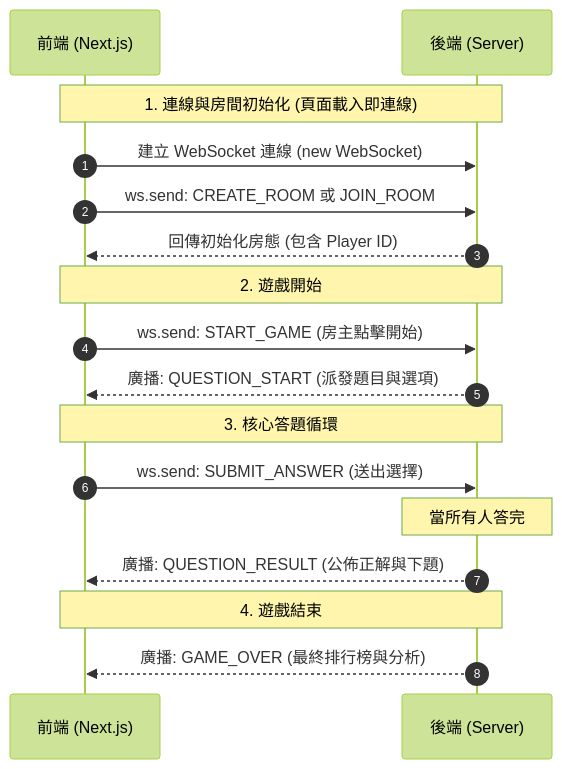
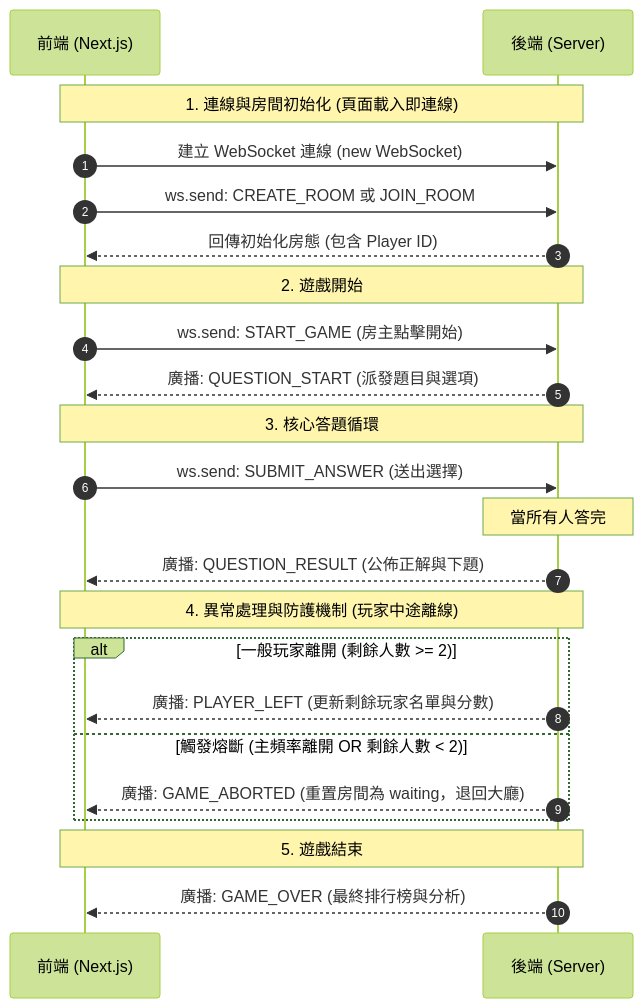
One commit to laura-chou/vibe-sync changed the diagram in README.md. Above: the diagram before and after it, drawn with Mermaid (forest theme). The commit also changed 1 other file, not shown here.

Commit message:
docs: update question.json and readme

````diff
--- a/README.md
+++ b/README.md
@@ -30,23 +30,30 @@
 ```mermaid
 sequenceDiagram
     autonumber
     participant Client as 前端 (Next.js)
     participant Server as 後端 (Server)
 
     Note over Client,Server: 1. 連線與房間初始化 (頁面載入即連線)
     Client->>Server: 建立 WebSocket 連線 (new WebSocket)
     Client->>Server: ws.send: CREATE_ROOM 或 JOIN_ROOM
     Server-->>Client: 回傳初始化房態 (包含 Player ID)
     
     Note over Client,Server: 2. 遊戲開始
     Client->>Server: ws.send: START_GAME (房主點擊開始)
     Server-->>Client: 廣播: QUESTION_START (派發題目與選項)
 
     Note over Client,Server: 3. 核心答題循環
     Client->>Server: ws.send: SUBMIT_ANSWER (送出選擇)
     Note over Server: 當所有人答完
     Server-->>Client: 廣播: QUESTION_RESULT (公佈正解與下題)
+
+    Note over Client,Server: 4. 異常處理與防護機制 (玩家中途離線)
+    alt 一般玩家離開 (剩餘人數 >= 2)
+        Server-->>Client: 廣播: PLAYER_LEFT (更新剩餘玩家名單與分數)
+    else 觸發熔斷 (主頻率離開 OR 剩餘人數 < 2)
+        Server-->>Client: 廣播: GAME_ABORTED (重置房間為 waiting，退回大廳)
+    end
     
-    Note over Client,Server: 4. 遊戲結束
+    Note over Client,Server: 5. 遊戲結束
     Server-->>Client: 廣播: GAME_OVER (最終排行榜與分析)
 ```
````
